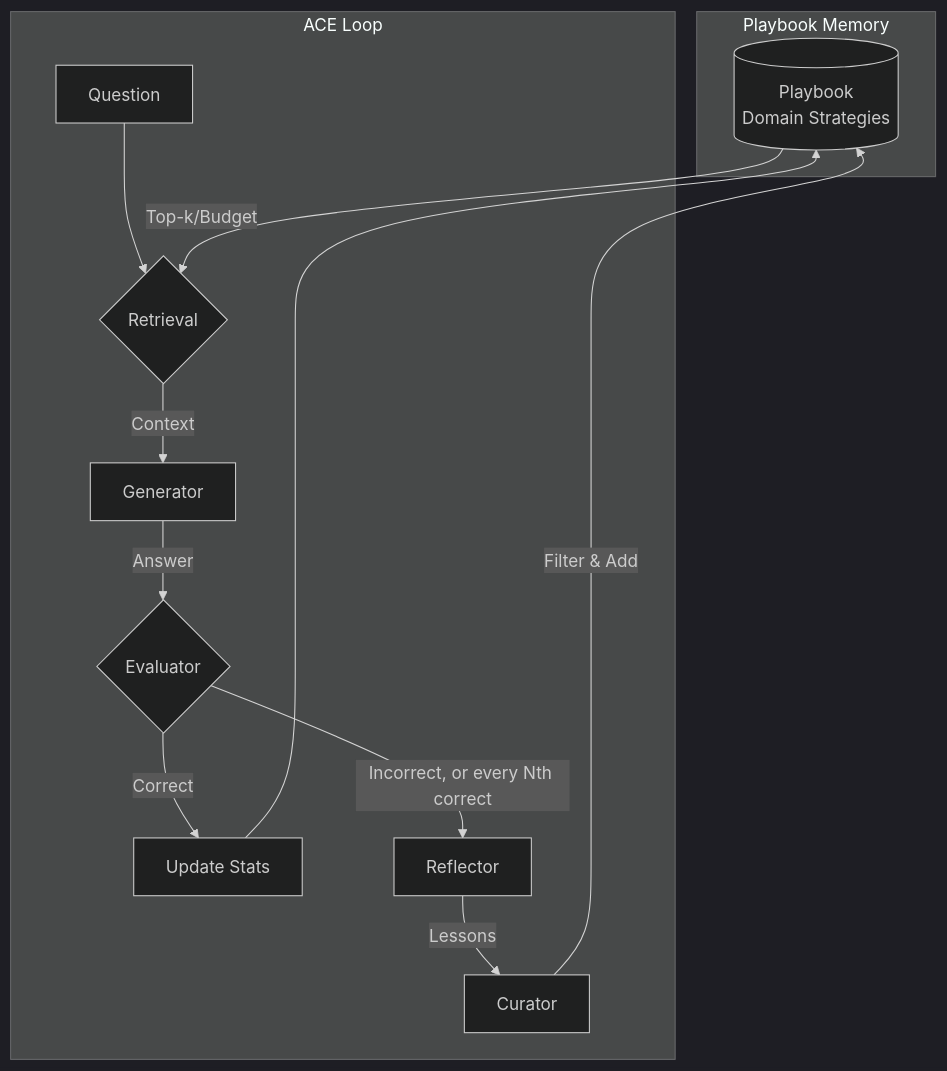
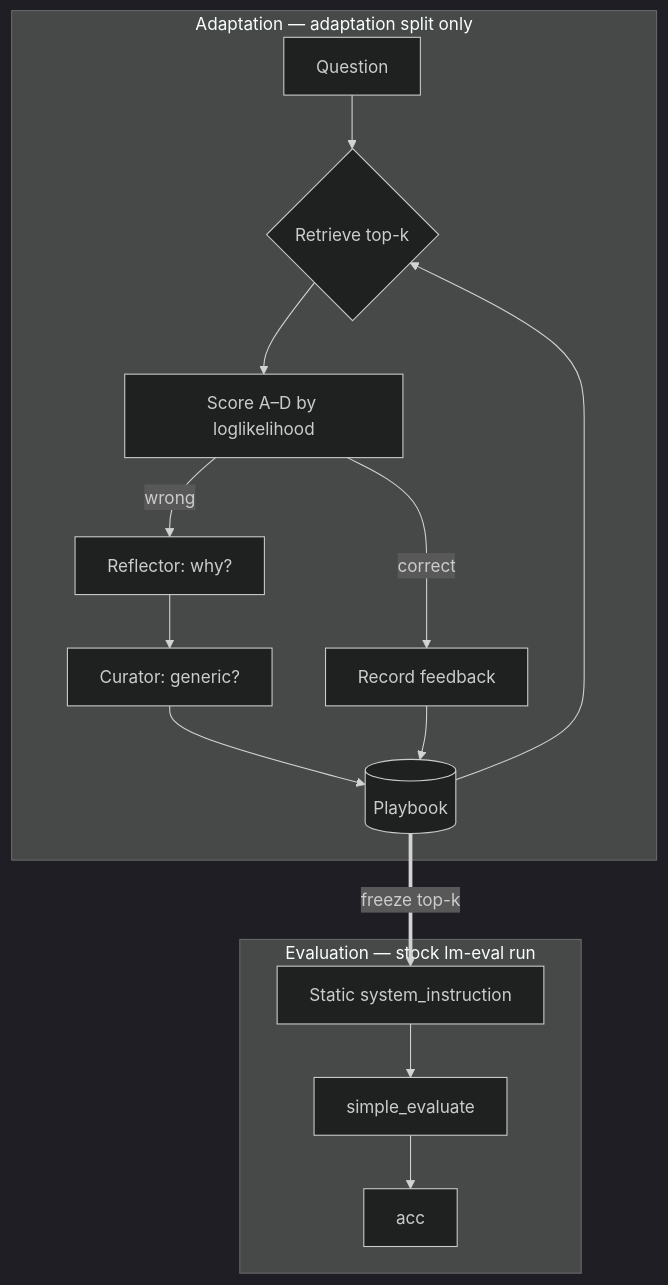
Before and after one commit to ancoda-labs/TinyACE: the diagram in README.md, drawn with Mermaid (dark theme). The commit also changed other lines of this file and 10 other files, not shown here.

````diff
--- a/README.md
+++ b/README.md
@@ -98,18 +114,20 @@
 ```mermaid
 flowchart TB
-    subgraph Memory["Playbook Memory"]
-        P[(Playbook<br/>Domain Strategies)]
+    subgraph adapt["Adaptation — adaptation split only"]
+        Q[Question] --> R{Retrieve top-k}
+        P[(Playbook)] --> R
+        R --> S[Score A–D by loglikelihood]
+        S -->|correct| F[Record feedback]
+        S -->|wrong| Refl[Reflector: why?]
+        Refl --> Cur[Curator: generic?]
+        Cur --> P
+        F --> P
     end
-    
-    subgraph ACE["ACE Loop"]
-        Q[Question] --> Ret{Retrieval}
-        P -->|Top-k/Budget| Ret
-        Ret -->|Context| G[Generator]
-        G -->|Answer| Eval{Evaluator}
-        Eval -->|Correct| Update[Update Stats]
-        Eval -->|Incorrect, or every Nth correct| Ref[Reflector]
-        Ref -->|Lessons| Cur[Curator]
-        Cur -->|Filter & Add| P
-        Update --> P
+
+    P ==>|freeze top-k| Prefix[Static system_instruction]
+
+    subgraph eval["Evaluation — stock lm-eval run"]
+        Prefix --> H[simple_evaluate]
+        H --> Acc[acc]
     end
 ```
````
